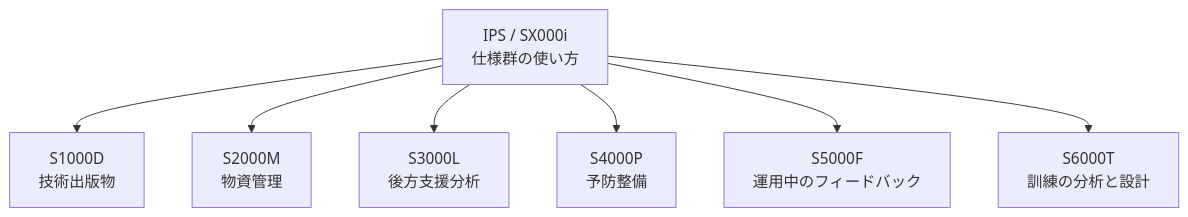
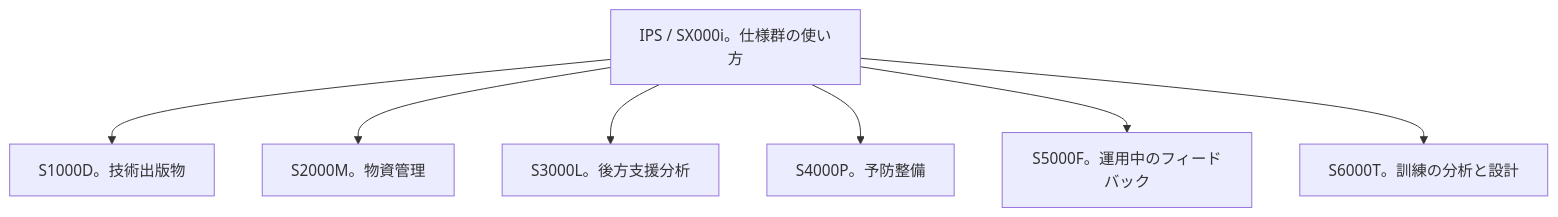
The diagram in books/ietm-overview/s-series.md (shuji-bonji/zenn-articles), drawn with Mermaid before and after one commit. The commit also changed 6 other files, not shown here.

````diff
--- a/books/ietm-overview/s-series.md
+++ b/books/ietm-overview/s-series.md
@@ -50,10 +43,10 @@
 ```mermaid
 flowchart TB
-  IPS["IPS / SX000i<br/>仕様群の使い方"]
-  IPS --> T["S1000D<br/>技術出版物"]
-  IPS --> M["S2000M<br/>物資管理"]
-  IPS --> L["S3000L<br/>後方支援分析"]
-  IPS --> P["S4000P<br/>予防整備"]
-  IPS --> F["S5000F<br/>運用中のフィードバック"]
-  IPS --> R["S6000T<br/>訓練の分析と設計"]
+  IPS["IPS / SX000i。仕様群の使い方"]
+  IPS --> T["S1000D。技術出版物"]
+  IPS --> M["S2000M。物資管理"]
+  IPS --> L["S3000L。後方支援分析"]
+  IPS --> P["S4000P。予防整備"]
+  IPS --> F["S5000F。運用中のフィードバック"]
+  IPS --> R["S6000T。訓練の分析と設計"]
 ```
````
